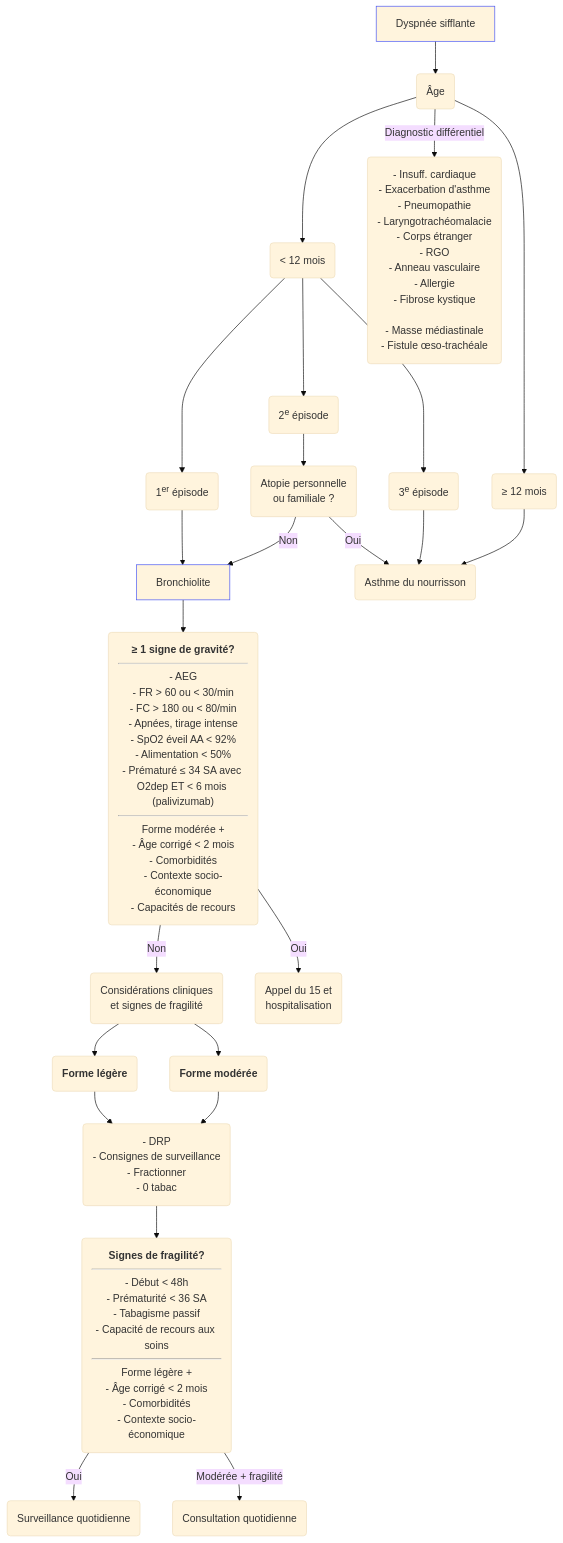
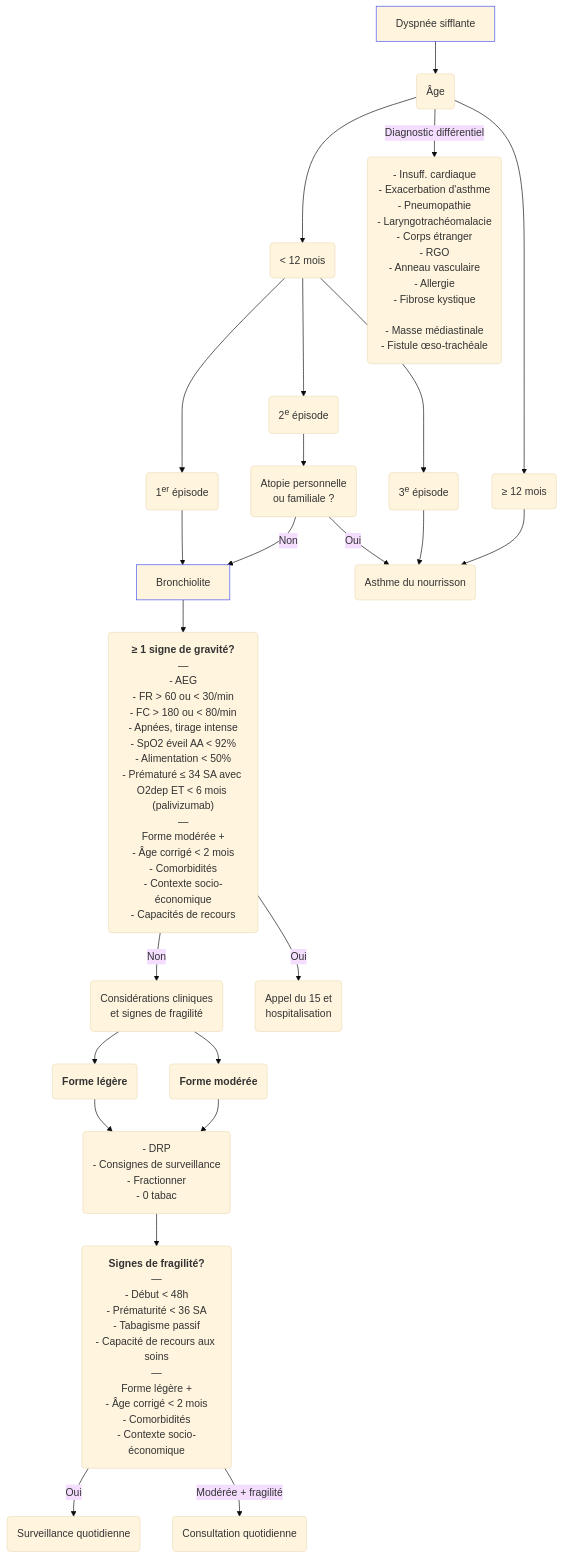
One commit to djibe/recommandations-medicales changed the diagram in content/recommandations/bronchiolite.md. Above: the diagram before and after it, drawn with Mermaid (base theme). The commit also changed 51 other files, not shown here.

```diff
--- a/content/recommandations/bronchiolite.md
+++ b/content/recommandations/bronchiolite.md
@@ -322,26 +322,26 @@
 {{< mermaid title="Prise en charge de la bronchiolite et d'une dyspnée sifflante. Dr JB Fron d'après HAS/CNPP 2019" >}}
 graph TB
 accTitle: Prise en charge de la bronchiolite et d'une dyspnée sifflante d'après HAS et CNPP 2019
   dyspnee[Dyspnée sifflante] --> age(Âge)
   style dyspnee stroke:#4150f5, stroke-width:1px
     age --> moins12(&lt; 12 mois)
       moins12 --> 1(1<sup>er</sup> épisode) --> bronchiolite[Bronchiolite]
       style bronchiolite stroke:#4150f5, stroke-width:1px
-        bronchiolite --> gravite("<b>≥ 1 signe de gravité?</b><hr>- AEG<br>- FR &gt; 60 ou &lt; 30/min<br>- FC &gt; 180 ou &lt; 80/min<br>- Apnées, tirage intense<br>- SpO2 éveil AA &lt; 92%<br>- Alimentation &lt; 50%<br>- Prématuré ≤ 34 SA avec O2dep ET &lt; 6 mois (palivizumab)<hr>Forme modérée +<br>- Âge corrigé &lt; 2 mois<br>- Comorbidités<br>- Contexte socio-économique<br>- Capacités de recours")
+        bronchiolite --> gravite("<b>≥ 1 signe de gravité?</b><br>—<br>- AEG<br>- FR &gt; 60 ou &lt; 30/min<br>- FC &gt; 180 ou &lt; 80/min<br>- Apnées, tirage intense<br>- SpO2 éveil AA &lt; 92%<br>- Alimentation &lt; 50%<br>- Prématuré ≤ 34 SA avec O2dep ET &lt; 6 mois (palivizumab)<br>—<br>Forme modérée +<br>- Âge corrigé &lt; 2 mois<br>- Comorbidités<br>- Contexte socio-économique<br>- Capacités de recours")
           gravite -- Non --> impression(Considérations cliniques<br>et signes de fragilité)
             impression --> legere("<b>Forme légère</b>")
               legere --> education("- DRP<br>- Consignes de surveillance<br>- Fractionner<br>- 0 tabac")
-                education --> fragilite("<b>Signes de fragilité?</b><hr>- Début &lt; 48h<br>- Prématurité &lt; 36 SA<br>- Tabagisme passif<br>- Capacité de recours aux soins<hr>Forme légère +<br>- Âge corrigé &lt; 2 mois<br>- Comorbidités<br>- Contexte socio-économique")
+                education --> fragilite("<b>Signes de fragilité?</b><br>—<br>- Début &lt; 48h<br>- Prématurité &lt; 36 SA<br>- Tabagisme passif<br>- Capacité de recours aux soins<br>—<br>Forme légère +<br>- Âge corrigé &lt; 2 mois<br>- Comorbidités<br>- Contexte socio-économique")
                   fragilite -- Oui --> vigilance(Surveillance quotidienne)
                   fragilite -- Modérée + fragilité --> consultation(Consultation quotidienne)
             impression --> moderee("<b>Forme modérée</b>")
               moderee --> education
           gravite -- Oui --> hospitalisation(Appel du 15 et<br>hospitalisation)
       moins12 --> 2(2<sup>e</sup> épisode) --> atopie(Atopie personnelle<br>ou familiale ?)
         atopie -- Non --> bronchiolite
         atopie -- Oui --> asthme
       moins12 --> 3(3<sup>e</sup> épisode) --> asthme(Asthme du nourrisson)
     age --> plus12("≥ 12 mois") --> asthme
     age -- Diagnostic différentiel --> differentiel("- Insuff. cardiaque<br>- Exacerbation d'asthme<br>- Pneumopathie<br>- Laryngotrachéomalacie<br>- Corps étranger<br>- RGO<br>- Anneau vasculaire<br>- Allergie<br>- Fibrose kystique<br>
 - Masse médiastinale<br>- Fistule œso-trachéale")
 {{< /mermaid >}}
```
